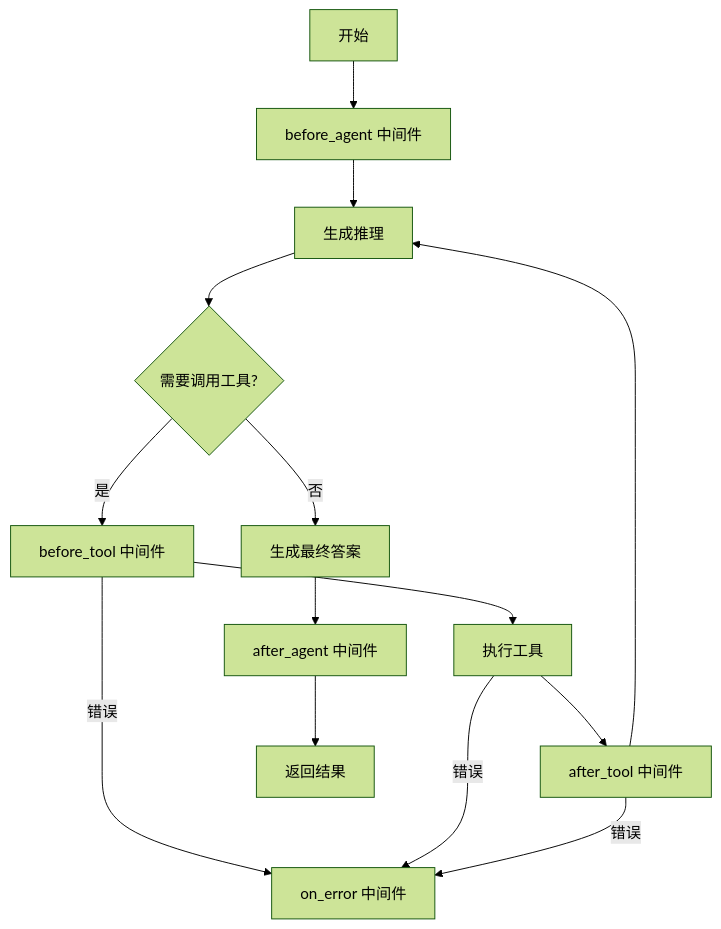
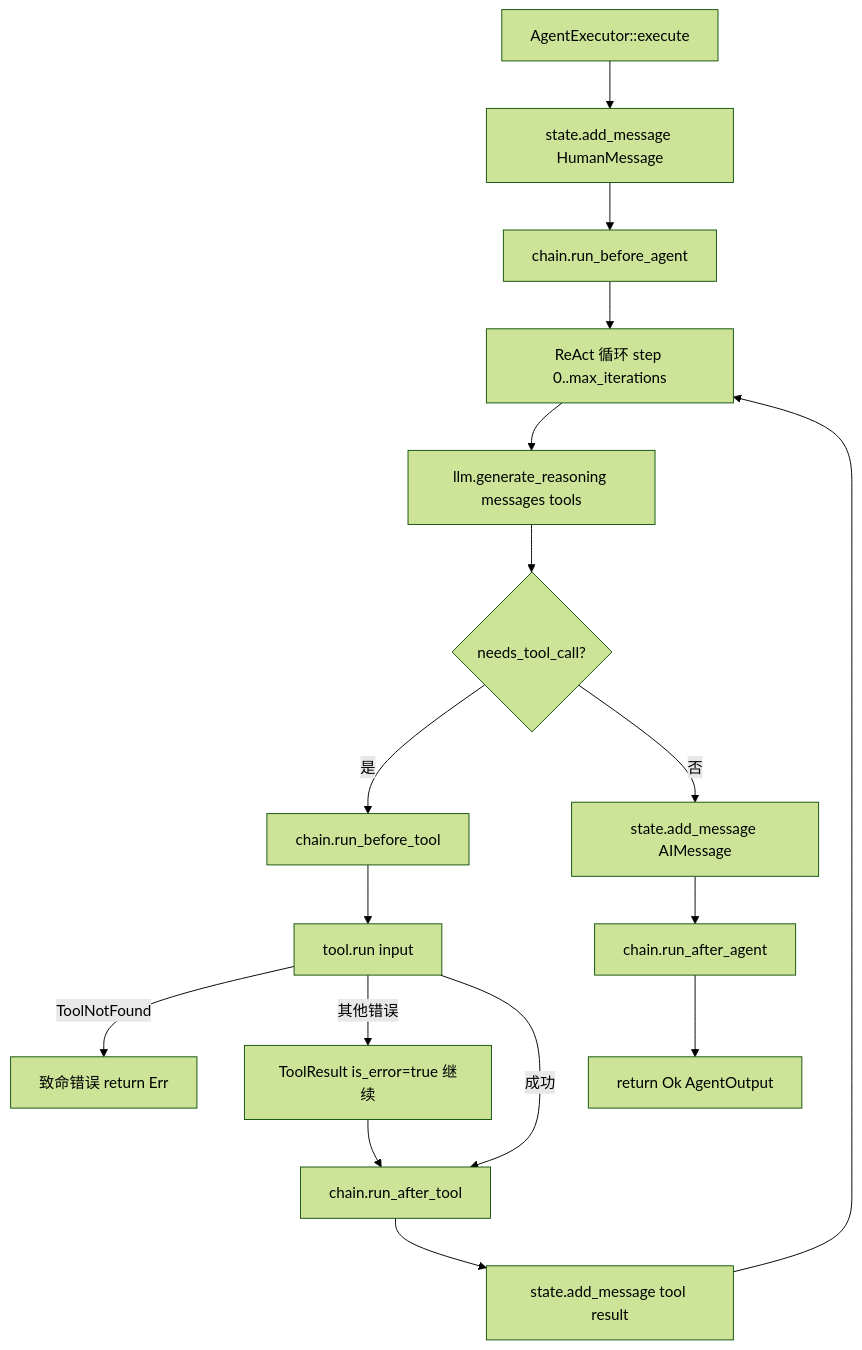
One commit to KonghaYao/zen-code changed the diagram in specs/rust-create-agent-design.md. Above: the diagram before and after it, drawn with Mermaid (forest theme). The commit also changed other lines of this file and 15 other files, not shown here.

````diff
--- a/specs/rust-create-agent-design.md
+++ b/specs/rust-create-agent-design.md
@@ -215,16 +311,19 @@
 ```mermaid
 graph TD
-    A[开始] --> B[before_agent 中间件]
-    B --> C[生成推理]
-    C --> D{需要调用工具?}
-    D -->|是| E[before_tool 中间件]
-    E --> F[执行工具]
-    F --> G[after_tool 中间件]
-    G --> C
-    D -->|否| H[生成最终答案]
-    H --> I[after_agent 中间件]
-    I --> J[返回结果]
-    E -->|错误| K[on_error 中间件]
-    F -->|错误| K
-    G -->|错误| K
+    A[AgentExecutor::execute] --> B[state.add_message HumanMessage]
+    B --> C[chain.run_before_agent]
+    C --> D[ReAct 循环 step 0..max_iterations]
+    D --> E[llm.generate_reasoning messages tools]
+    E --> F{needs_tool_call?}
+    F -->|是| G[chain.run_before_tool]
+    G --> H[tool.run input]
+    H -->|ToolNotFound| I[致命错误 return Err]
+    H -->|其他错误| J[ToolResult is_error=true 继续]
+    H -->|成功| K[chain.run_after_tool]
+    J --> K
+    K --> L[state.add_message tool result]
+    L --> D
+    F -->|否| M[state.add_message AIMessage]
+    M --> N[chain.run_after_agent]
+    N --> O[return Ok AgentOutput]
 ```
````
